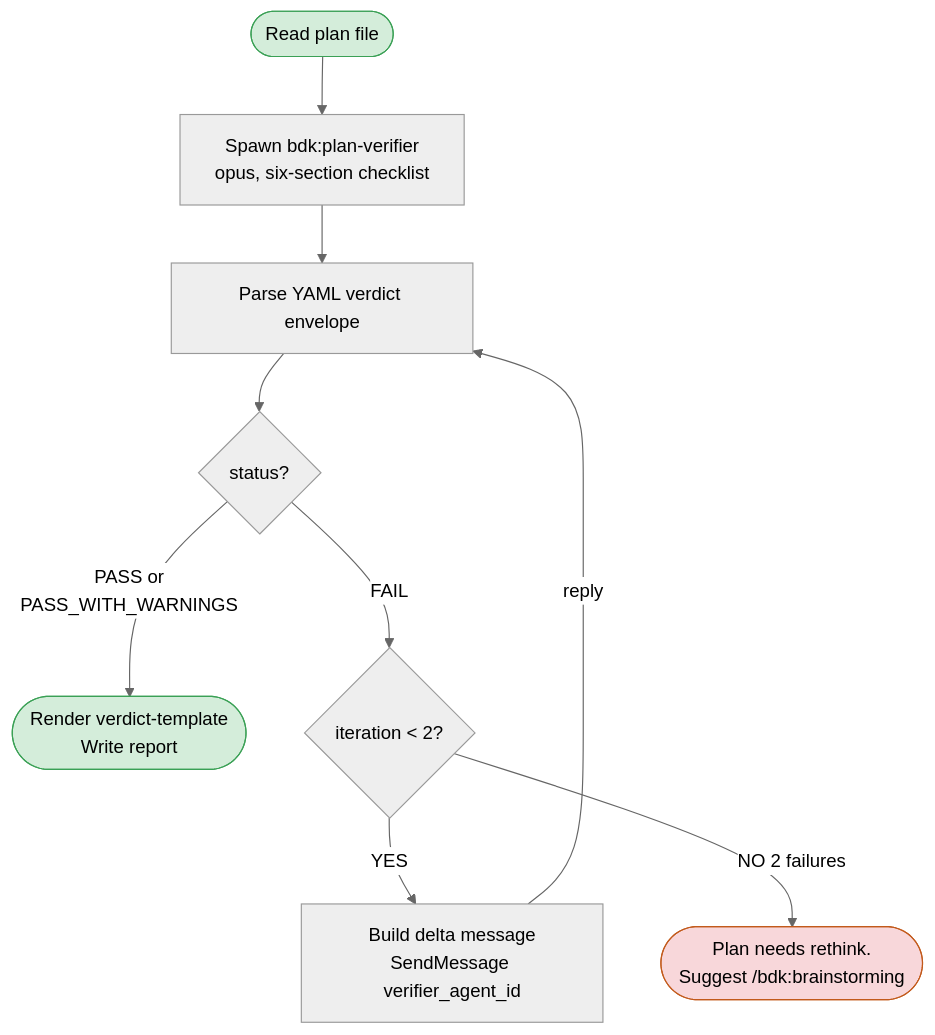
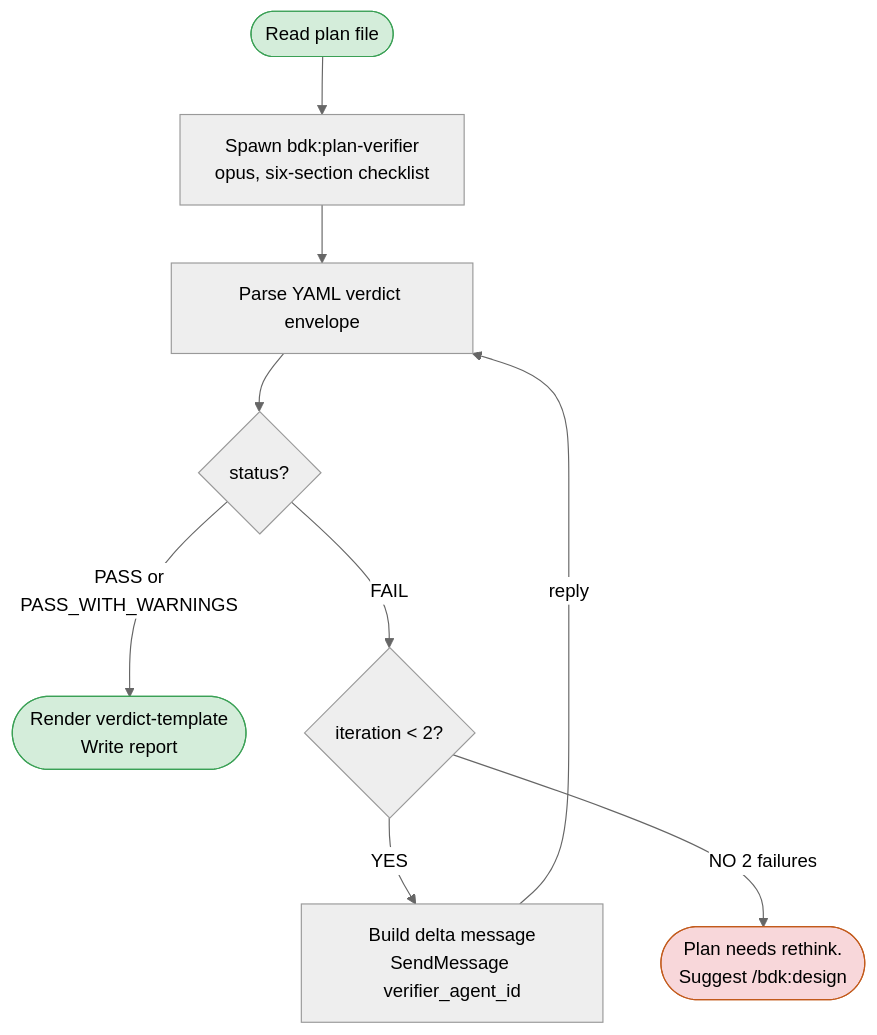
One commit to broneq/bdk changed the diagram in skills/verify-plan/SKILL.md. Above: the diagram before and after it, drawn with Mermaid (neutral theme). The commit also changed other lines of this file and 15 other files, not shown here.

First line of the commit message:
feat(design): merge brainstorming + brainstorm-architecture into /bdk:design

````diff
--- a/skills/verify-plan/SKILL.md
+++ b/skills/verify-plan/SKILL.md
@@ -28,16 +28,16 @@
 ```mermaid
 flowchart TB
     start([Read plan file]) --> spawn[Spawn bdk:plan-verifier<br/>opus, six-section checklist]
     spawn --> parse[Parse YAML verdict envelope]
     parse --> status{status?}
     status -- PASS or<br/>PASS_WITH_WARNINGS --> save([Render verdict-template<br/>Write report])
     status -- FAIL --> iter_check{iteration < 2?}
     iter_check -- YES --> delta[Build delta message<br/>SendMessage verifier_agent_id]
     delta -- reply --> parse
-    iter_check -- NO 2 failures --> escalate([Plan needs rethink.<br/>Suggest /bdk:brainstorming])
+    iter_check -- NO 2 failures --> escalate([Plan needs rethink.<br/>Suggest /bdk:design])
 
     classDef good fill:#d4edda,stroke:#3aa055
     classDef bad fill:#f8d7da,stroke:#c25a1b
     class start,save good
     class escalate bad
 ```
````
